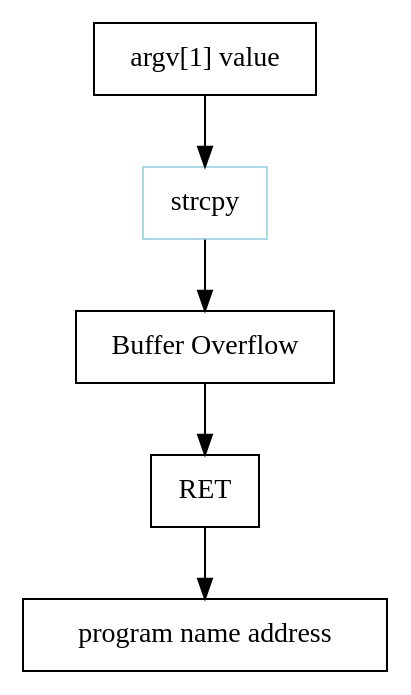
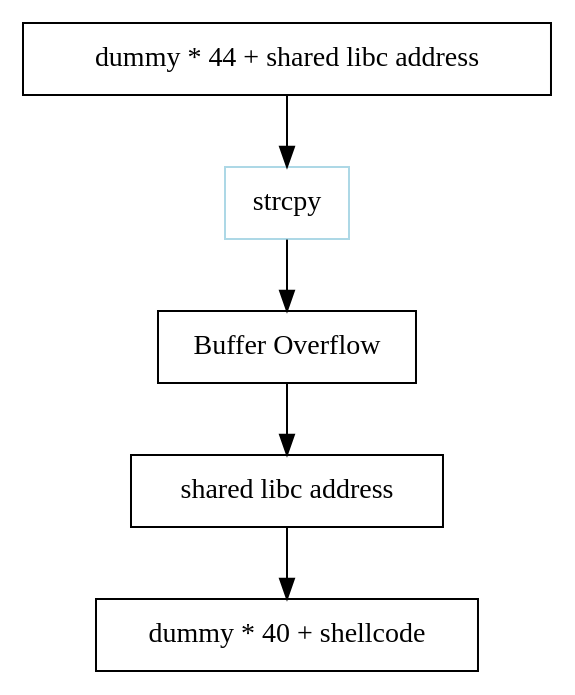
One commit to joizel/ctf_writeup changed the diagram in docs/wargame/pwnable/lob11.rst. Above: the diagram before and after it, drawn with Graphviz. The commit also changed other lines of this file and 11 other files, not shown here.

```diff
--- a/docs/wargame/pwnable/lob11.rst
+++ b/docs/wargame/pwnable/lob11.rst
@@ -5,11 +11,11 @@
 .. graphviz::
 
     digraph foo {
         a -> b -> c -> d -> e;
 
-        a [shape=box, label="argv[1] value"];
+        a [shape=box, label="dummy * 44 + shared libc address"];
         b [shape=box, color=lightblue, label="strcpy"];
         c [shape=box, label="Buffer Overflow"];
-        d [shape=box, label="RET"];
-        e [shape=box, label="program name address"];
+        d [shape=box, label="shared libc address"];
+        e [shape=box, label="dummy * 40 + shellcode"];
     }
```
